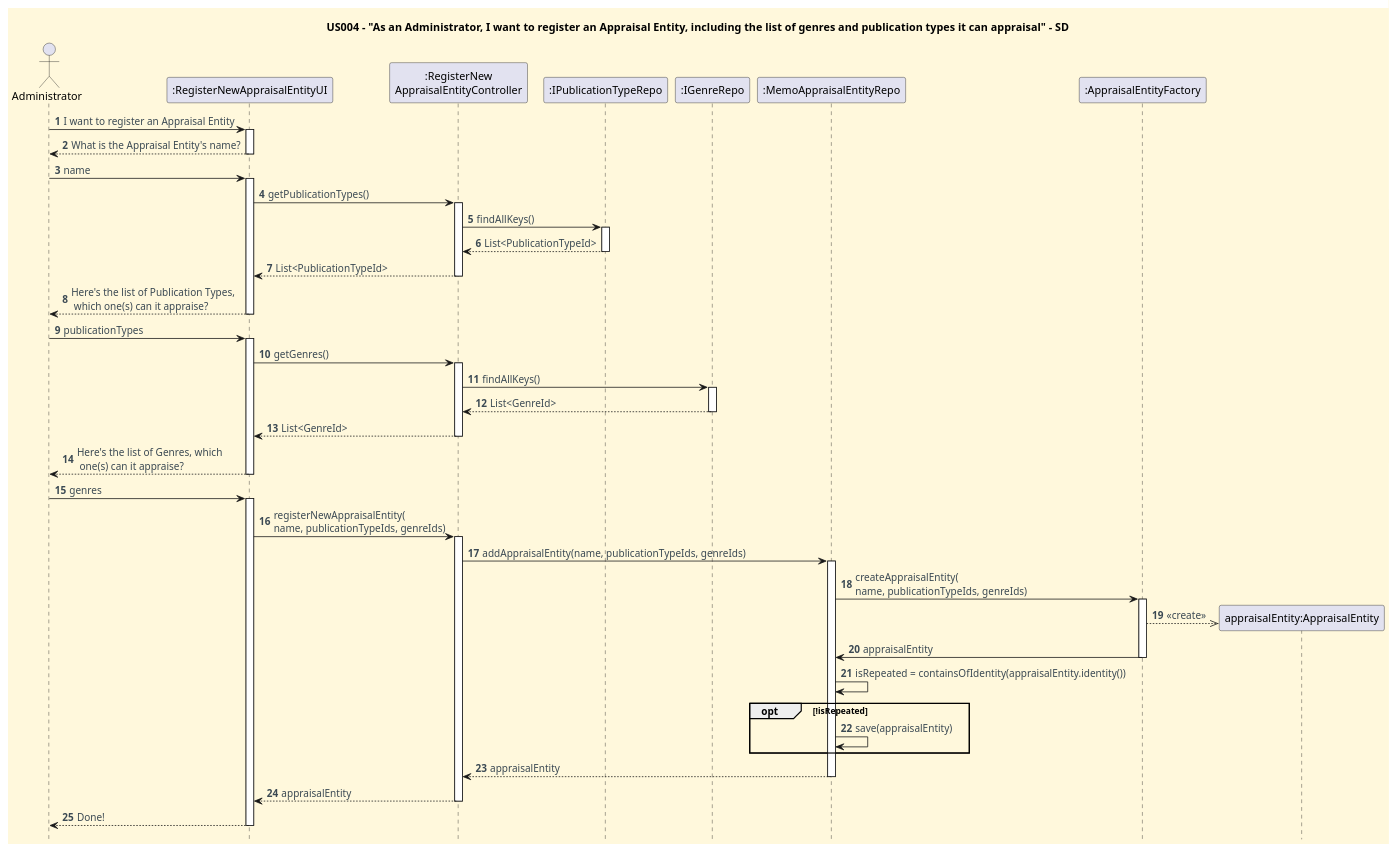
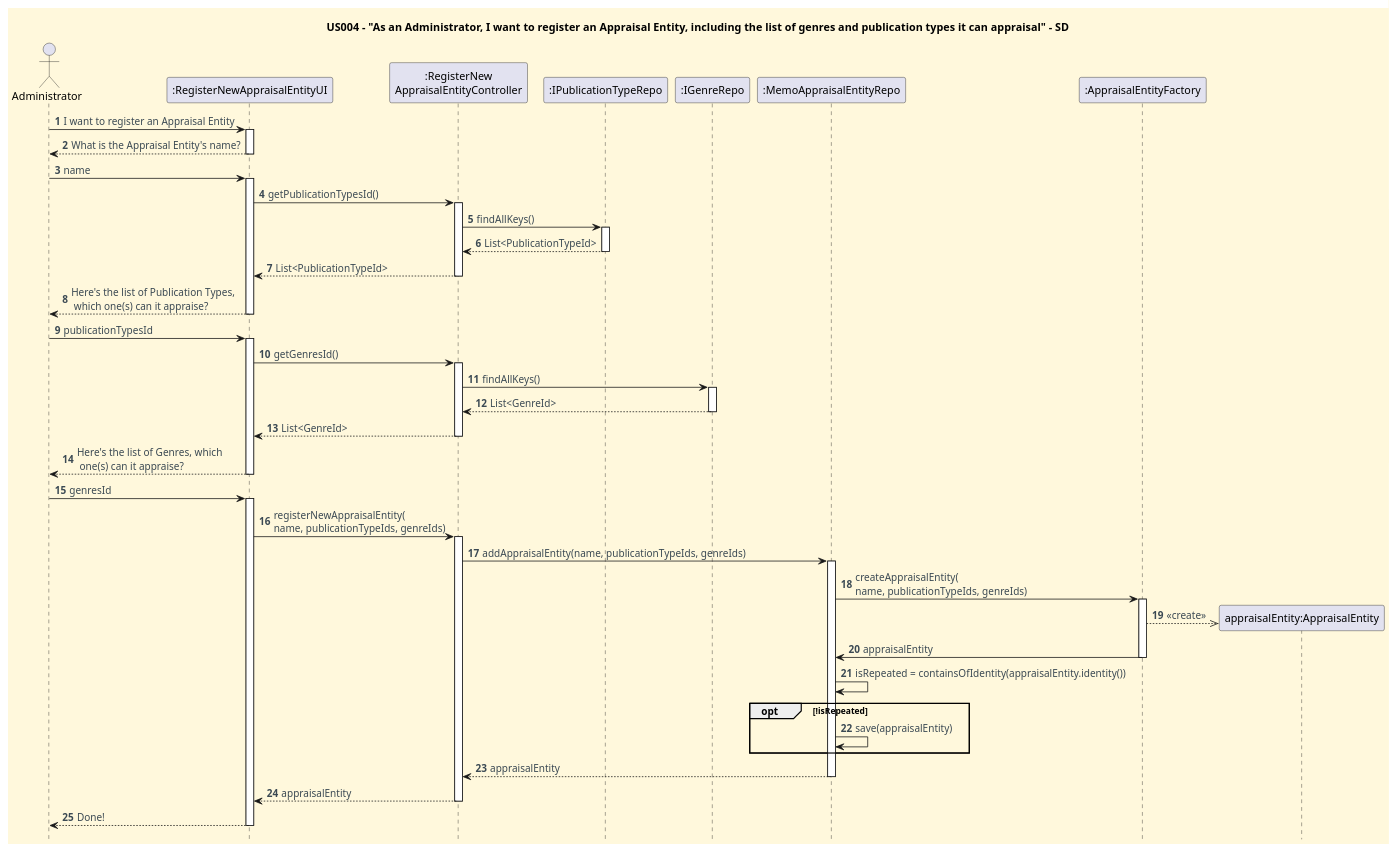
The diagram in docs/user-stories/US004/US004_register_new_appraisal_entity_SD.puml (CarolinaLeite-collab/JavaMarketplacePlatform), drawn with PlantUML before and after one commit. The commit also changed 5 other files, not shown here.

```diff
--- a/docs/user-stories/US004/US004_register_new_appraisal_entity_SD.puml
+++ b/docs/user-stories/US004/US004_register_new_appraisal_entity_SD.puml
@@ -1,95 +1,95 @@
 @startuml
 '==== Title ====
 title US004 - "As an Administrator, I want to register an Appraisal Entity, including the list of genres and publication types it can appraisal" - SD
 
 
 '==== basic style ====
 skinparam monochrome false
 skinparam shadowing false
 skinparam defaultFontName Futura
 skinparam objectFontSize 20
 skinparam backgroundColor CornSilk
 skinparam objectBackgroundColor WhiteSmoke
 skinparam noteBackgroundColor #FFFFE0
 skinparam ArrowFontColor #3B4953
 skinparam ActivationBackgroundColor black
 hidefootbox
 autonumber
 
 
 ' ==== Actor and participants ====
 actor Administrator
 participant ":RegisterNewAppraisalEntityUI" as UI
 participant ":RegisterNew\nAppraisalEntityController" as CTL
 participant ":IPublicationTypeRepo" as PTR
 participant ":IGenreRepo" as grRepo
 participant ":MemoAppraisalEntityRepo" as aeRepo
 participant ":AppraisalEntityFactory" as Factory
 
 
 '==== UI interaction ====
 Administrator -> UI: I want to register an Appraisal Entity
 activate UI
 UI --> Administrator: What is the Appraisal Entity's name?
 deactivate UI
 Administrator -> UI: name
 activate UI
 
 '==== Use case execution ====
-UI -> CTL: getPublicationTypes()
+UI -> CTL: getPublicationTypesId()
 activate CTL
 CTL -> PTR: findAllKeys()
 activate PTR
 PTR --> CTL: List<PublicationTypeId>
 deactivate PTR
 CTL --> UI: List<PublicationTypeId>
 deactivate CTL
 
 UI --> Administrator: Here's the list of Publication Types, \n which one(s) can it appraise?
 deactivate UI
 
-Administrator -> UI: publicationTypes
+Administrator -> UI: publicationTypesId
 activate UI
-UI -> CTL: getGenres()
+UI -> CTL: getGenresId()
 activate CTL
 CTL -> grRepo: findAllKeys()
 activate grRepo
 grRepo --> CTL: List<GenreId>
 deactivate grRepo
 CTL --> UI: List<GenreId>
 deactivate CTL
 
 UI --> Administrator: Here's the list of Genres, which \n one(s) can it appraise?
 deactivate UI
 
-Administrator -> UI: genres
+Administrator -> UI: genresId
 activate UI
 UI -> CTL: registerNewAppraisalEntity(\nname, publicationTypeIds, genreIds)
 activate CTL
 CTL -> aeRepo: addAppraisalEntity(name, publicationTypeIds, genreIds)
 activate aeRepo
 
 aeRepo -> Factory: createAppraisalEntity(\nname, publicationTypeIds, genreIds)
 create "appraisalEntity:AppraisalEntity"
 
 activate Factory
 Factory -->> "appraisalEntity:AppraisalEntity": <<create>>
 Factory -> aeRepo: appraisalEntity
 deactivate Factory
 
 aeRepo -> aeRepo : isRepeated = containsOfIdentity(appraisalEntity.identity())
 
 opt !isRepeated
 
         aeRepo -> aeRepo : save(appraisalEntity)
 
     end
 
 aeRepo --> CTL: appraisalEntity
 deactivate aeRepo
 CTL --> UI: appraisalEntity
 deactivate CTL
 UI --> Administrator: Done!
 deactivate UI
 
 @enduml
```
